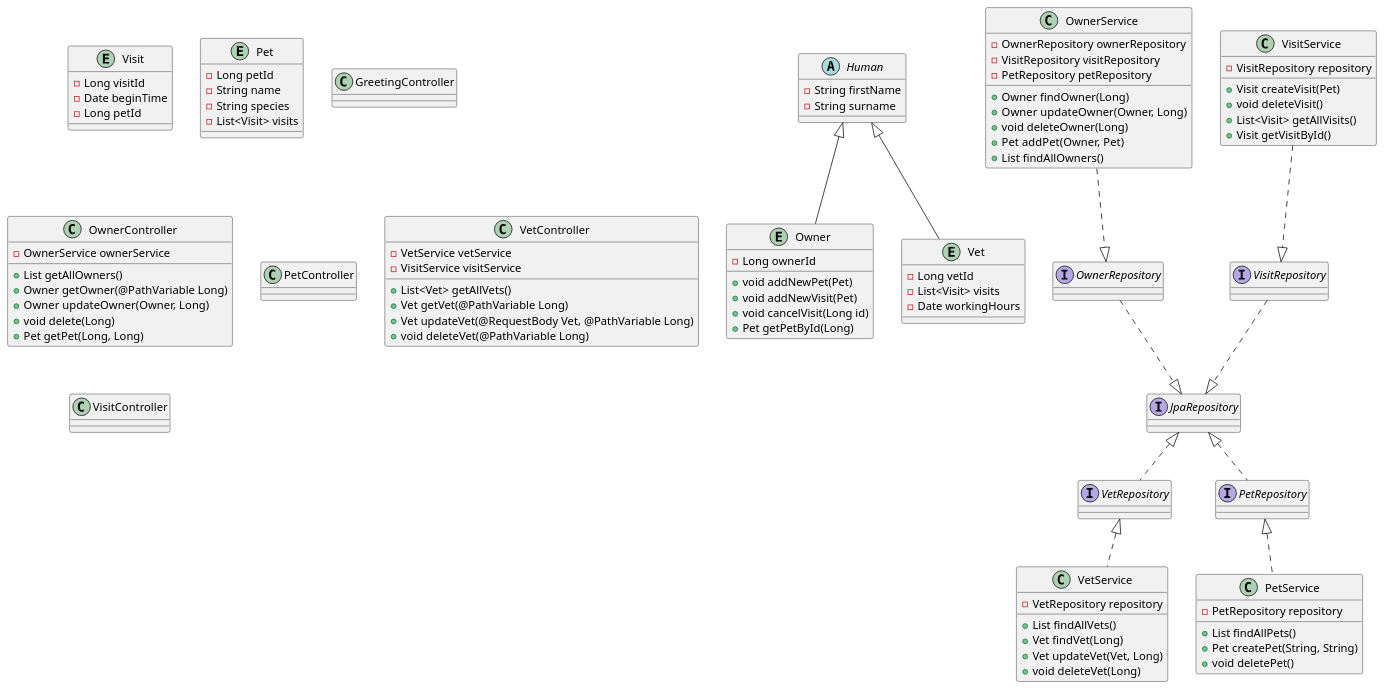
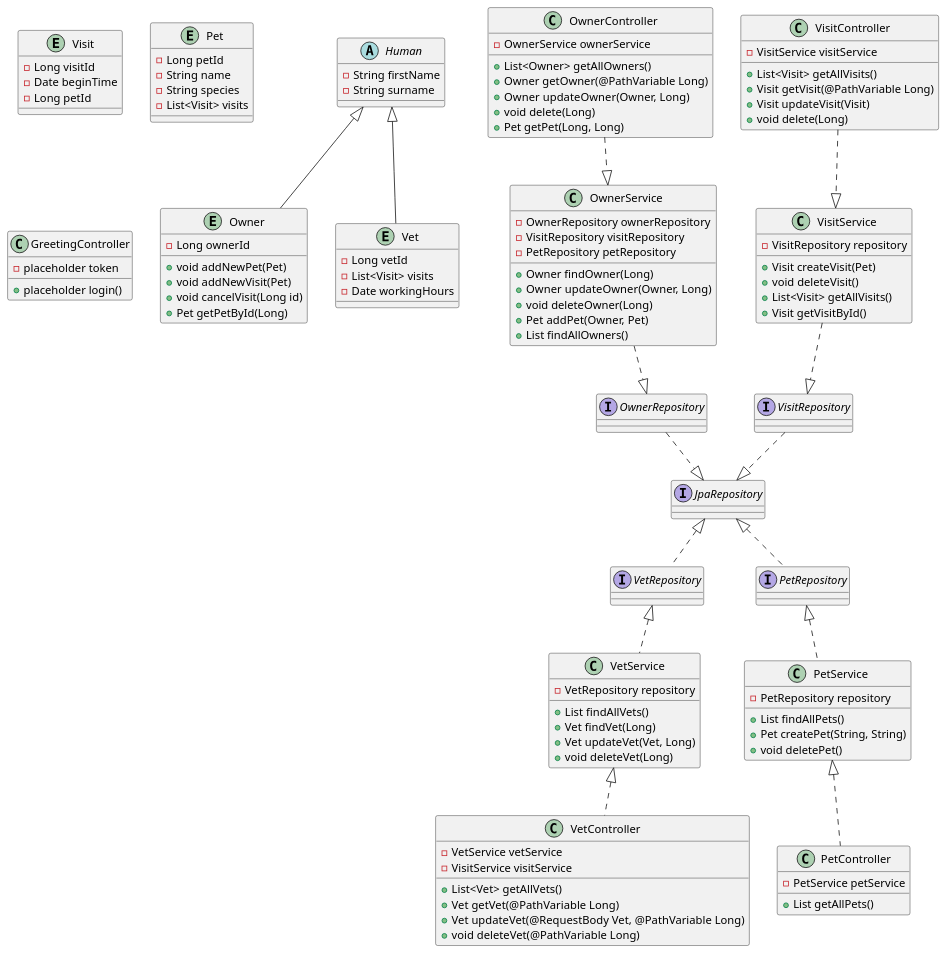
The diagram in petclinic.plantuml (Serionus/softwareEngineeringPetClinic), drawn with PlantUML before and after one commit.

Commit message:
Class diagram in plantuml continued v2, PetController still unfinished, database to do

```diff
--- a/petclinic.plantuml
+++ b/petclinic.plantuml
@@ -1,117 +1,127 @@
 @startuml PetClinic
 
 
 abstract Human{
     -String firstName
     -String surname
 }
 
 entity Owner extends Human {
     -Long ownerId
     +void addNewPet(Pet)
     +void addNewVisit(Pet)
     +void cancelVisit(Long id)
     +Pet getPetById(Long)
 }
 
 entity Vet extends Human {
     -Long vetId
     -List<Visit> visits
     -Date workingHours
 }
 
 entity Visit {
     -Long visitId
     -Date beginTime
     -Long petId
 }
 
 entity Pet {
     -Long petId
     -String name
     -String species
     -List<Visit> visits
 }
 
-
 interface VetRepository 
 interface PetRepository 
 interface OwnerRepository
 interface VisitRepository
 interface JpaRepository
 
 JpaRepository <|.. VetRepository
 JpaRepository <|.. PetRepository
 OwnerRepository ..|> JpaRepository
 VisitRepository ..|> JpaRepository
 
 PetRepository <|.. PetService
 VetRepository <|.. VetService
 OwnerService ..|> OwnerRepository
 VisitService ..|> VisitRepository
+
+PetService <|.. PetController
+VetService <|.. VetController
+OwnerController ..|> OwnerService
+VisitController ..|> VisitService
+
 
 class OwnerService {
     -OwnerRepository ownerRepository
     -VisitRepository visitRepository
     -PetRepository petRepository
     +Owner findOwner(Long)
     +Owner updateOwner(Owner, Long)
     +void deleteOwner(Long)
     +Pet addPet(Owner, Pet)
     +List findAllOwners()
 }
 
 class PetService {
     -PetRepository repository
     +List findAllPets()
     +Pet createPet(String, String)
     +void deletePet()
 }
 
 class VetService {
     -VetRepository repository
     +List findAllVets()
     +Vet findVet(Long)
     +Vet updateVet(Vet, Long)
     +void deleteVet(Long)
 }
 
 class VisitService {
     -VisitRepository repository
     +Visit createVisit(Pet)
     +void deleteVisit()
     +List<Visit> getAllVisits()
     +Visit getVisitById()
 }
 
 class GreetingController {
-
+    -placeholder token
+    +placeholder login()
 }
 
 class OwnerController {
     -OwnerService ownerService
-    +List getAllOwners()
+    +List<Owner> getAllOwners()
     +Owner getOwner(@PathVariable Long)
     +Owner updateOwner(Owner, Long)
     +void delete(Long)
     +Pet getPet(Long, Long)
 }
 
 class PetController {
-
+    -PetService petService
+    +List getAllPets()
 }
 
+class VisitController {
+    -VisitService visitService
+    +List<Visit> getAllVisits()
+    +Visit getVisit(@PathVariable Long)
+    +Visit updateVisit(Visit)
+    +void delete(Long)
+}
 class VetController {
     -VetService vetService
     -VisitService visitService
     +List<Vet> getAllVets()
     +Vet getVet(@PathVariable Long)
     +Vet updateVet(@RequestBody Vet, @PathVariable Long)
     +void deleteVet(@PathVariable Long)
 }
 
-class VisitController {
-
-}
-
 @enduml
```
